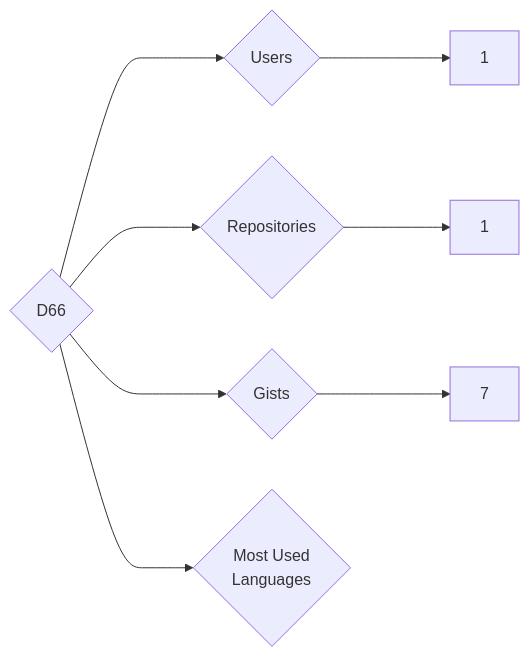
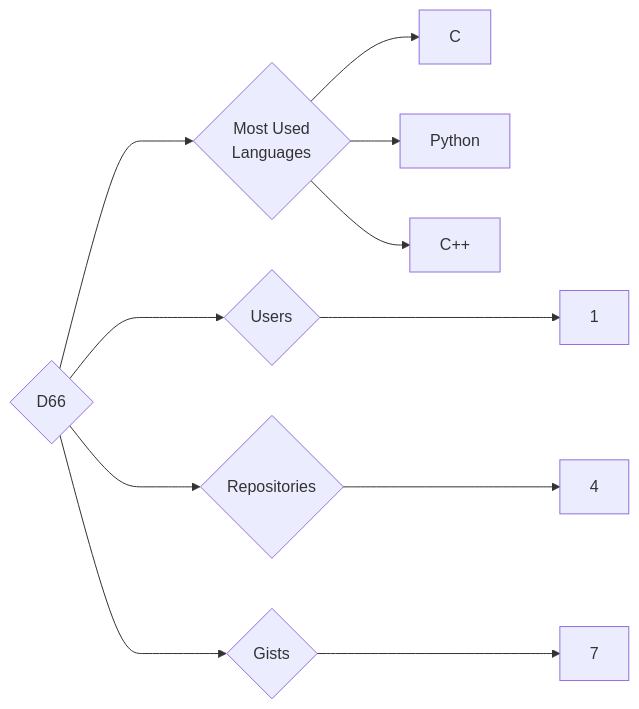
One commit to trickest/insiders changed the diagram in targets/D66/README.md. Above: the diagram before and after it, drawn with Mermaid. The commit also changed 1084 other files, not shown here.

````diff
--- a/targets/D66/README.md
+++ b/targets/D66/README.md
@@ -3,8 +3,11 @@
 ```mermaid
 graph LR
 COMPANY_NAME{D66}
 COMPANY_NAME ---> U{Users} ---> UN[1]
-COMPANY_NAME ---> R{Repositories} ---> RN[1]
+COMPANY_NAME ---> R{Repositories} ---> RN[4]
 COMPANY_NAME ---> G{Gists} ---> GN[7]
 COMPANY_NAME ---> ML{Most Used<br>Languages}
+ML --> C[C]
+ML --> Python[Python]
+ML --> C++[C++]
 ```
````
